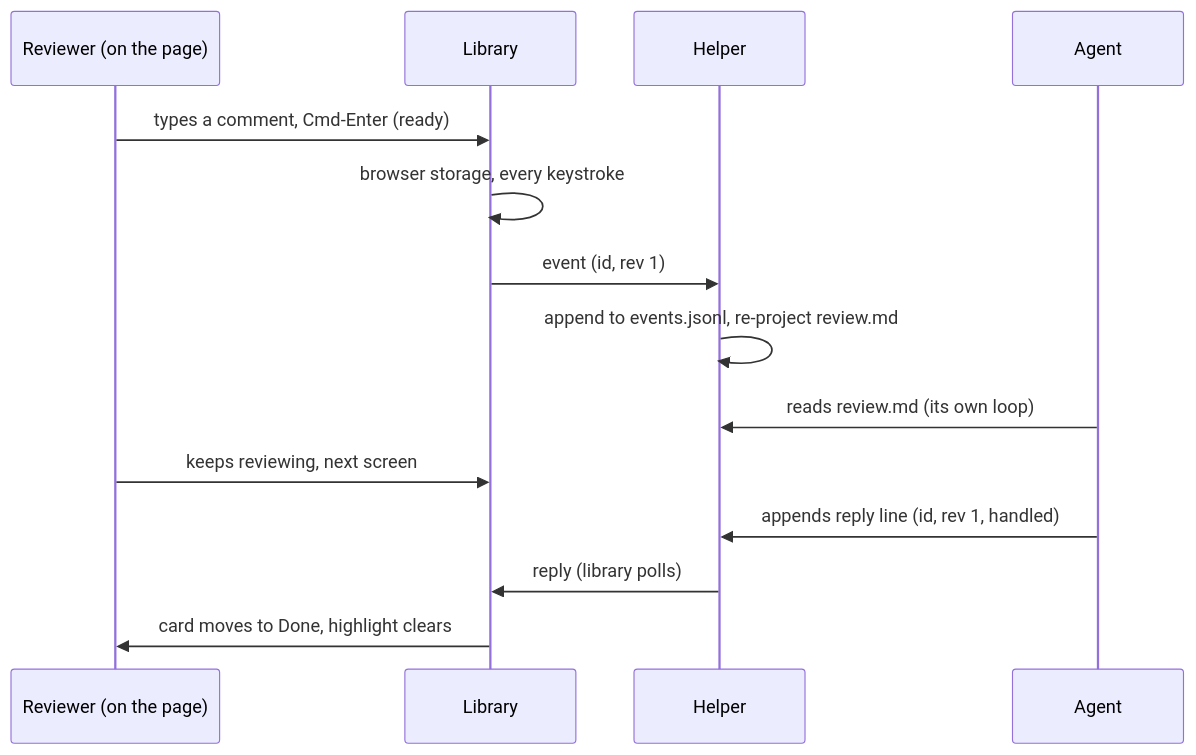
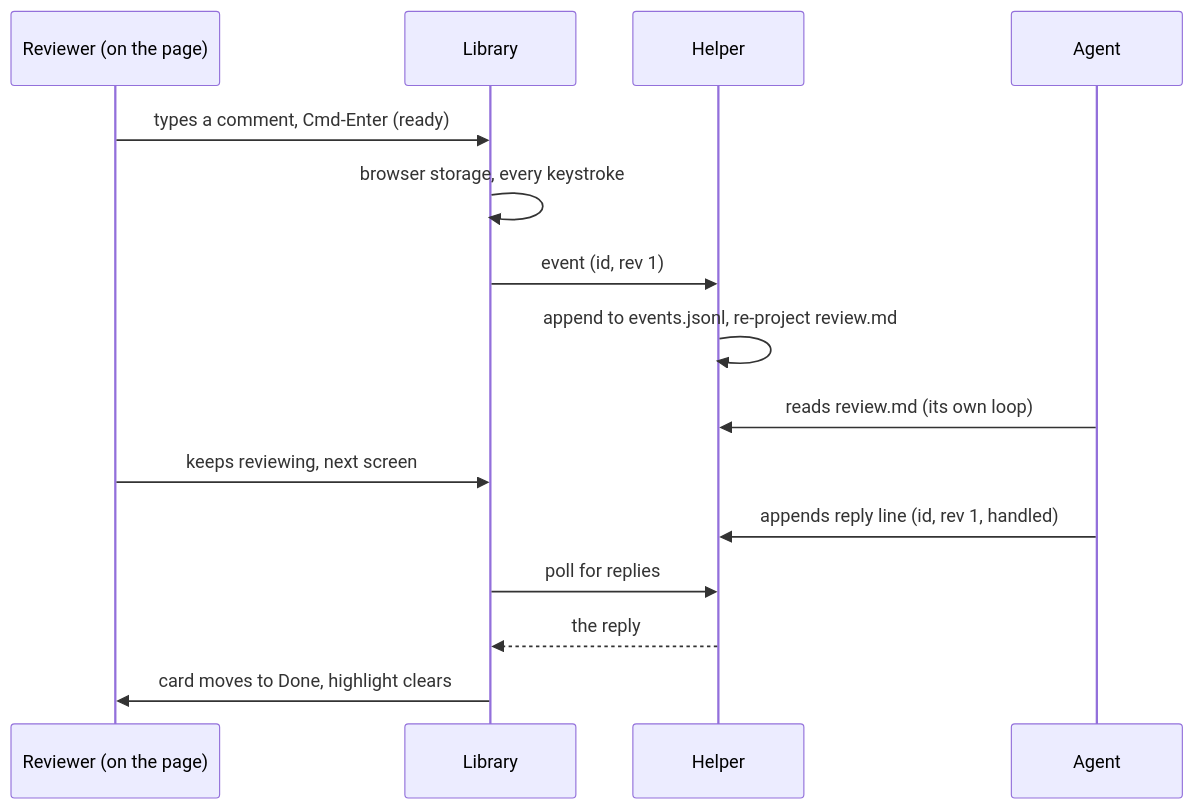
The third of 4 diagrams in docs/features/20260812.01_live_agentic_html_editor/02_architecture_live_agentic_html_editor.md (kenxle/live-agentic-html-editor), drawn with Mermaid before and after one commit. The commit also changed other lines of this file and 3 other files, not shown here.

Commit message:
Ken round 3 on architecture: review-folder collision answer, poller-points-at-polled arrows, framework-free protection with Rails as first named integration

````diff
--- a/docs/features/20260812.01_live_agentic_html_editor/02_architecture_live_agentic_html_editor.md
+++ b/docs/features/20260812.01_live_agentic_html_editor/02_architecture_live_agentic_html_editor.md
@@ -273,17 +276,18 @@
 ```mermaid
 sequenceDiagram
     participant K as Reviewer (on the page)
     participant L as Library
     participant H as Helper
     participant A as Agent
 
     K->>L: types a comment, Cmd-Enter (ready)
     L->>L: browser storage, every keystroke
     L->>H: event (id, rev 1)
     H->>H: append to events.jsonl, re-project review.md
     A->>H: reads review.md (its own loop)
     K->>L: keeps reviewing, next screen
     A->>H: appends reply line (id, rev 1, handled)
-    H->>L: reply (library polls)
+    L->>H: poll for replies
+    H-->>L: the reply
     L->>K: card moves to Done, highlight clears
 ```
````
